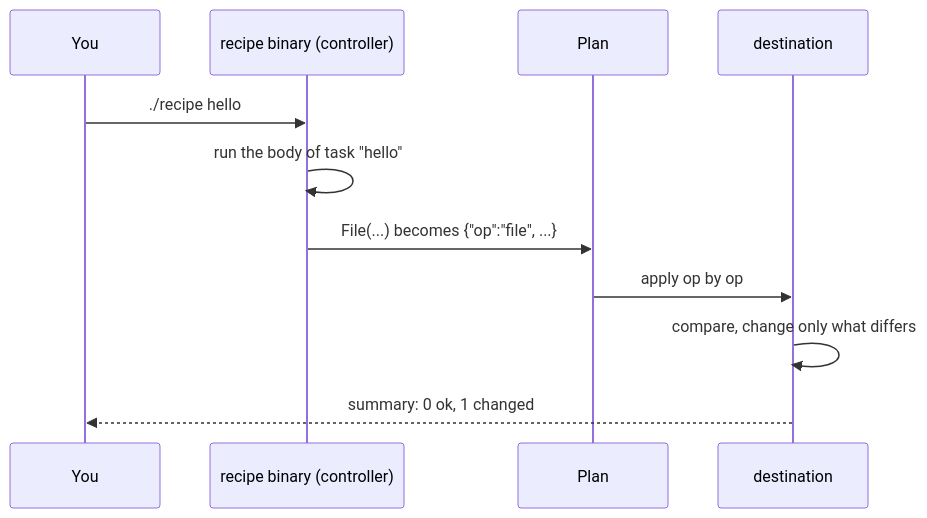
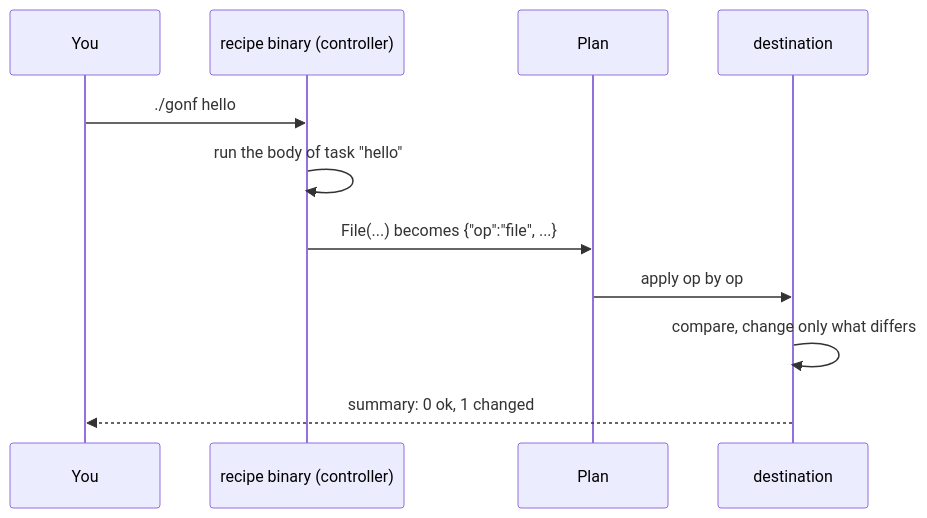
Before and after one commit to snonux/gonf: the diagram in docs/tutorial/img/src/ch01-1.mmd, drawn with Mermaid. The commit also changed 23 other files, not shown here.

First line of the commit message:
docs(tutorial): build and run the recipe as ./gonf, not ./recipe (#10)

```diff
--- a/docs/tutorial/img/src/ch01-1.mmd
+++ b/docs/tutorial/img/src/ch01-1.mmd
@@ -1,11 +1,11 @@
 sequenceDiagram
     participant You
     participant Recipe as recipe binary (controller)
     participant Plan
     participant Dest as destination
-    You->>Recipe: ./recipe hello
+    You->>Recipe: ./gonf hello
     Recipe->>Recipe: run the body of task "hello"
     Recipe->>Plan: File(...) becomes {"op":"file", ...}
     Plan->>Dest: apply op by op
     Dest->>Dest: compare, change only what differs
     Dest-->>You: summary: 0 ok, 1 changed
```
